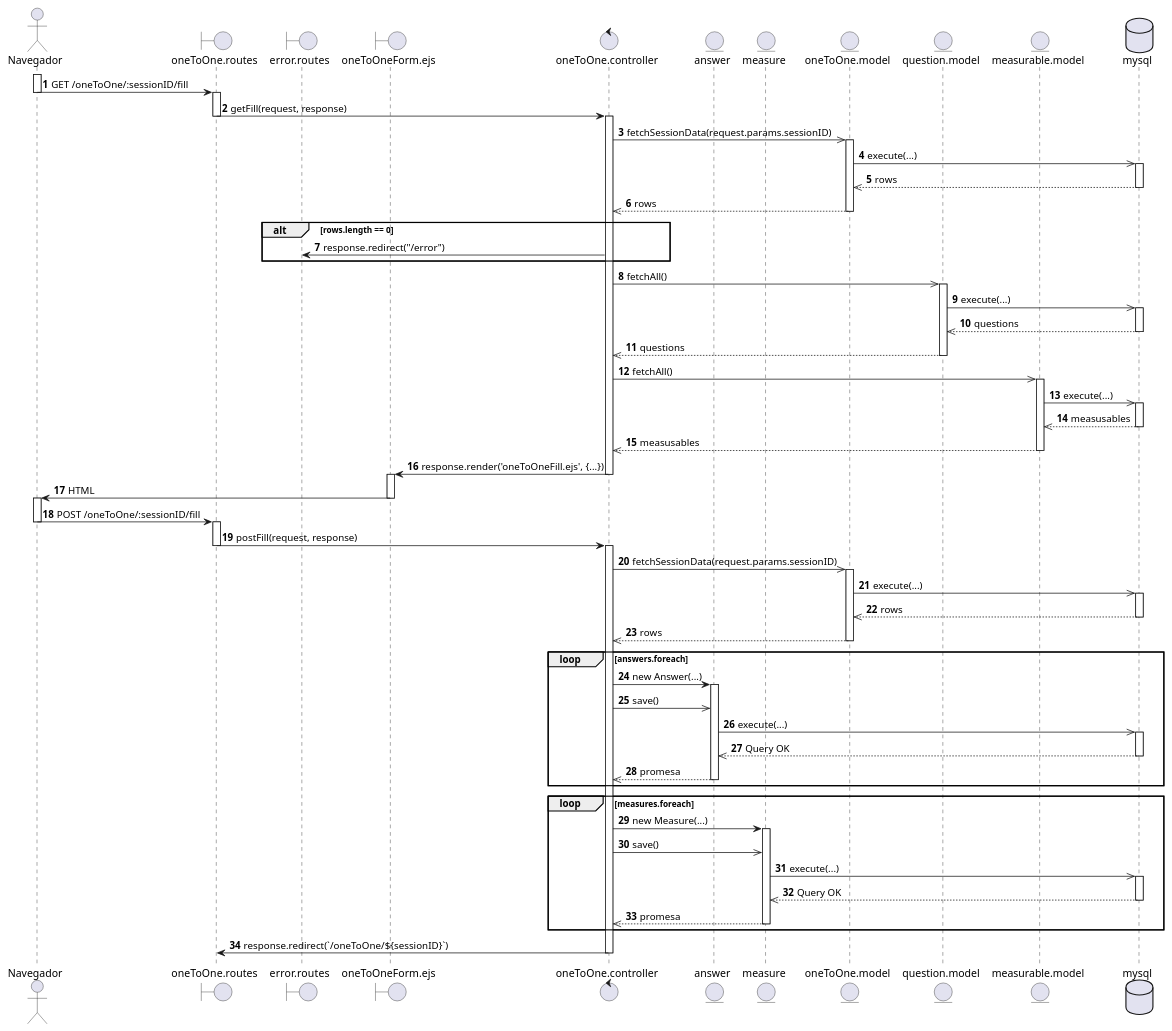
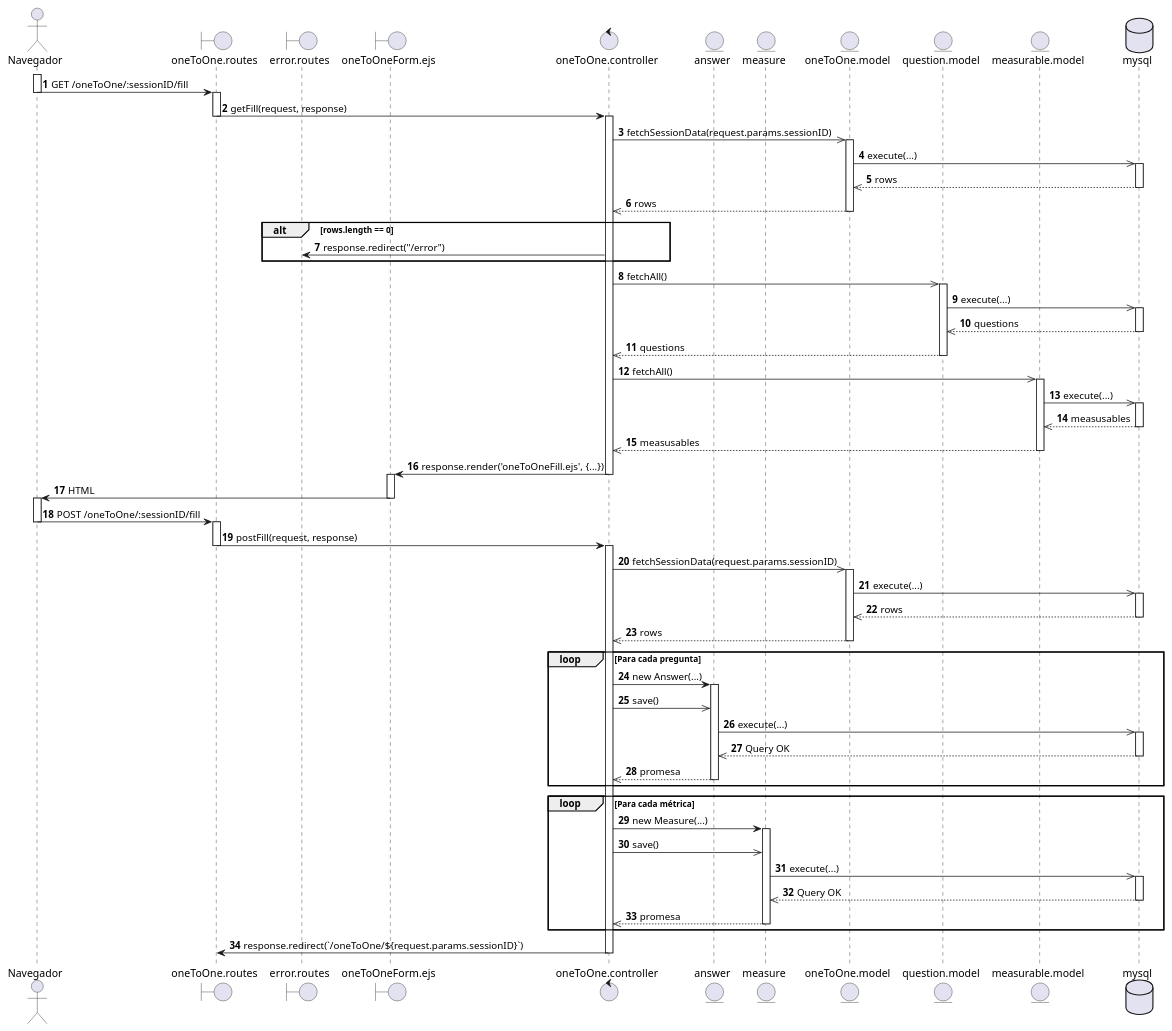
One commit to EdCanCe/WorkCells changed the diagram in diagrams/Casos de Uso/mundo req fun/Diagramas secuencia/CU34.puml. Above: the diagram before and after it, drawn with PlantUML. The commit also changed 3 other files, not shown here.

```diff
--- a/diagrams/Casos de Uso/mundo req fun/Diagramas secuencia/CU34.puml
+++ b/diagrams/Casos de Uso/mundo req fun/Diagramas secuencia/CU34.puml
@@ -1,111 +1,111 @@
 @startuml
 actor Navegador
 boundary "oneToOne.routes" as Routes
 boundary "error.routes" as Error
 boundary "oneToOneForm.ejs" as Ejs
 control "oneToOne.controller" as Controller
 entity "answer" as Answer
 entity "measure" as Measure
 entity "oneToOne.model" as Model
 entity "question.model" as Question
 entity "measurable.model" as Measurable
 database "mysql" as MySQL
 
 autonumber
 
 activate Navegador
 Navegador -> Routes  : GET /oneToOne/:sessionID/fill
 deactivate Navegador
 
 activate Routes 
 Routes  -> Controller : getFill(request, response)
 deactivate Routes 
 
 activate Controller
 
 Controller ->> Model : fetchSessionData(request.params.sessionID)
 activate Model
 Model ->> MySQL : execute(...)
 activate MySQL
 MySQL -->> Model : rows
 deactivate MySQL
 Model -->> Controller : rows
 deactivate Model
 
 alt rows.length == 0
     Controller -> Error : response.redirect("/error")
 end
 
 Controller ->> Question : fetchAll()
 activate Question
 Question ->> MySQL : execute(...)
 activate MySQL
 MySQL -->> Question : questions
 deactivate MySQL
 Question -->> Controller : questions
 deactivate Question
 
 Controller ->> Measurable : fetchAll()
 activate Measurable
 Measurable ->> MySQL : execute(...)
 activate MySQL
 MySQL -->> Measurable : measusables
 deactivate MySQL
 Measurable -->> Controller : measusables
 deactivate Measurable
 
 
 Controller -> Ejs : response.render('oneToOneFill.ejs', {...})
 deactivate Controller
 
 activate Ejs
 Ejs -> Navegador : HTML
 deactivate Ejs
 
 activate Navegador
 Navegador -> Routes  : POST /oneToOne/:sessionID/fill
 deactivate Navegador
 
 activate Routes 
 Routes  -> Controller : postFill(request, response)
 deactivate Routes 
 
 activate Controller
 
 Controller ->> Model : fetchSessionData(request.params.sessionID)
 activate Model
 Model ->> MySQL : execute(...)
 activate MySQL
 MySQL -->> Model : rows
 deactivate MySQL
 Model -->> Controller : rows
 deactivate Model
 
-loop answers.foreach
+loop Para cada pregunta
     Controller -> Answer : new Answer(...)
     activate Answer
     Controller ->> Answer : save()
     Answer ->> MySQL : execute(...)
     activate MySQL
     MySQL -->> Answer : Query OK
     deactivate MySQL
     Answer -->> Controller : promesa
     deactivate Answer
 end
 
-loop measures.foreach
+loop Para cada métrica
     Controller -> Measure : new Measure(...)
     activate Measure
     Controller ->> Measure : save()
     Measure ->> MySQL : execute(...)
     activate MySQL
     MySQL -->> Measure : Query OK
     deactivate MySQL
     Measure -->> Controller : promesa
     deactivate Measure
 end
 
-Controller -> Routes  : response.redirect(`/oneToOne/${sessionID}`)
+Controller -> Routes  : response.redirect(`/oneToOne/${request.params.sessionID}`)
 deactivate Controller
 
 @enduml
```
